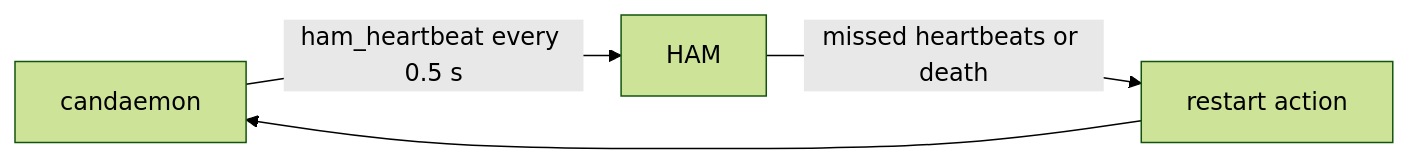
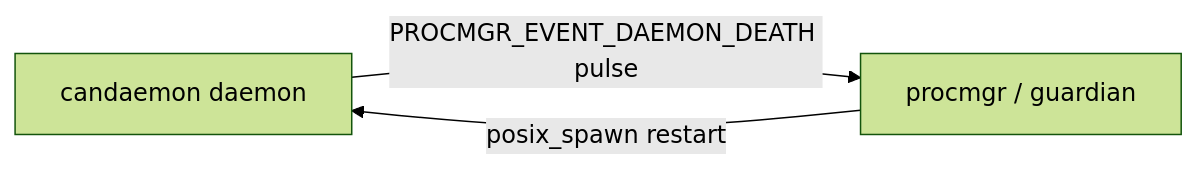
One commit to girlb0ss1990/QNXIntegrationAdvisor changed the third of 3 diagrams in docs/sample-reports/can-telemetry-daemon.md. Above: the diagram before and after it, drawn with Mermaid (forest theme). The commit also changed other lines of this file and 17 other files, not shown here.

````diff
--- a/docs/sample-reports/can-telemetry-daemon.md
+++ b/docs/sample-reports/can-telemetry-daemon.md
@@ -83,6 +83,5 @@
 ```mermaid
 flowchart LR
-  S["candaemon"] -->|"ham_heartbeat every 0.5 s"| H["HAM"]
-  H -->|"missed heartbeats or death"| A["restart action"]
-  A --> S
+  S["candaemon daemon"] -->|"PROCMGR_EVENT_DAEMON_DEATH pulse"| G["procmgr / guardian"]
+  G -->|"posix_spawn restart"| S
 ```
````
